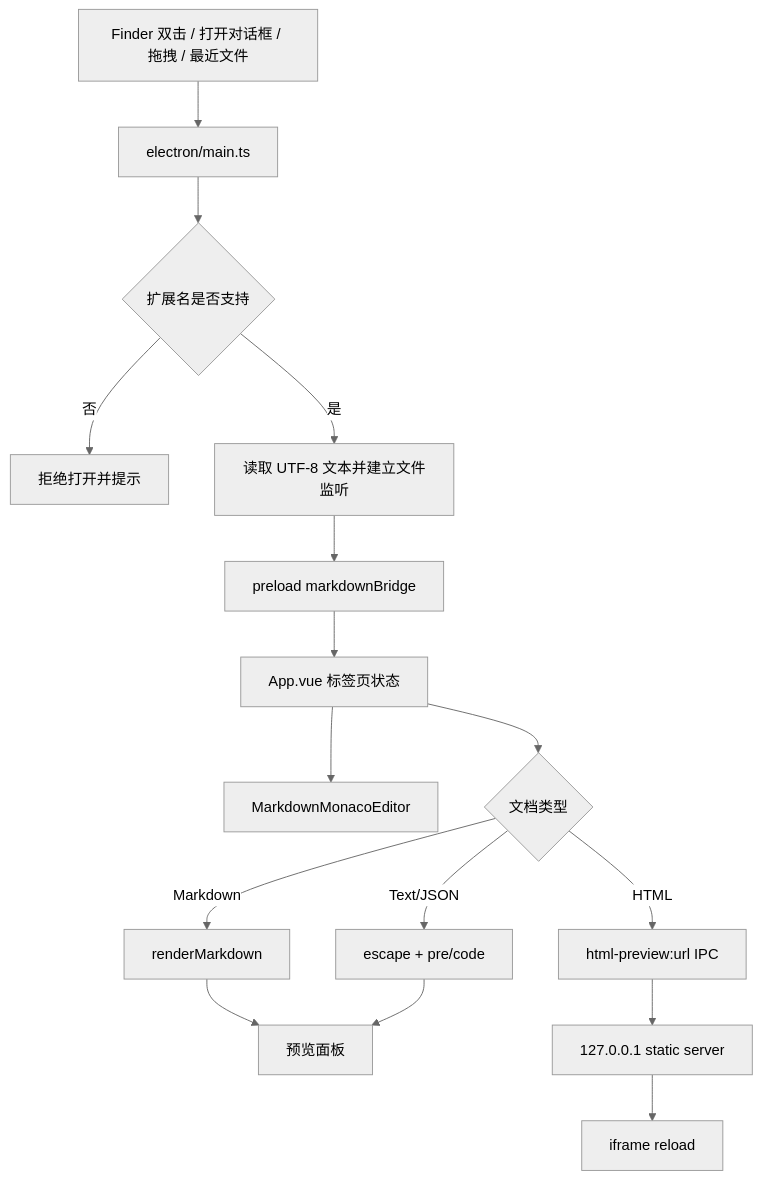
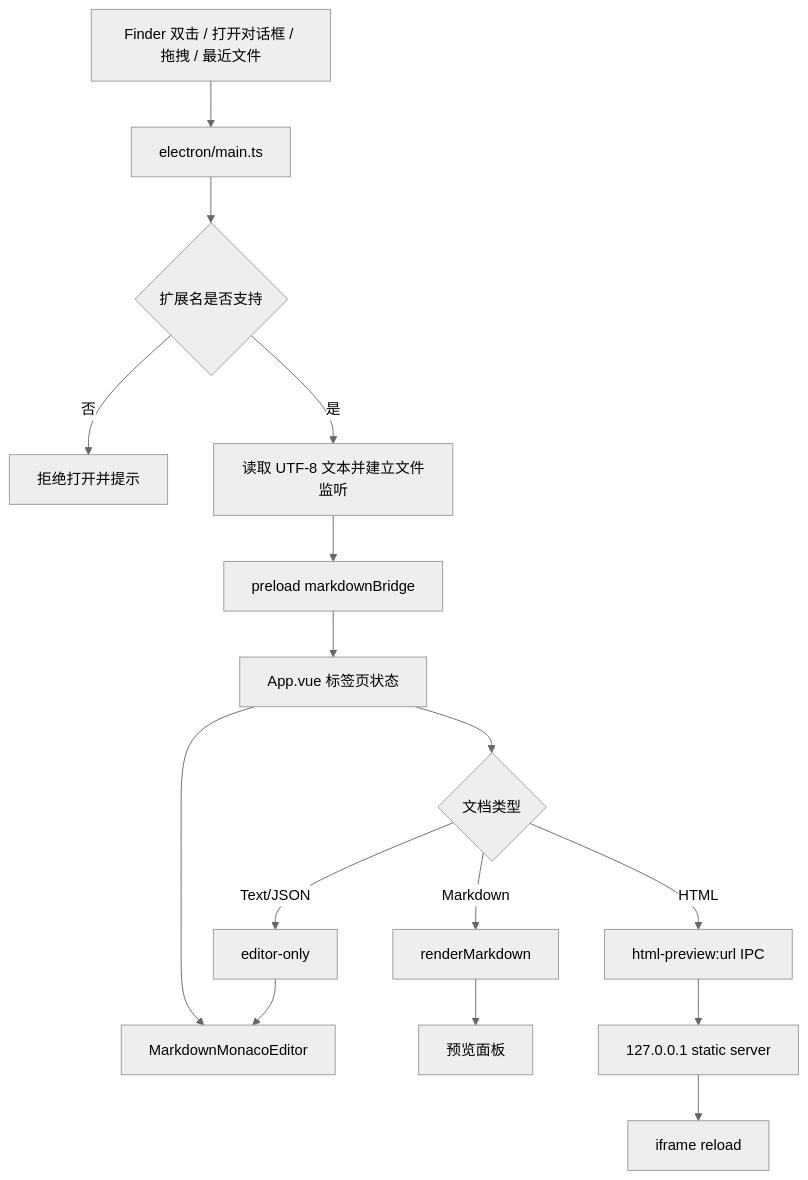
Before and after one commit to olojiang/markdown_editor: the first of 4 diagrams in local_docs/support_html_text_json.md, drawn with Mermaid (neutral theme). The commit also changed other lines of this file and 6 other files, not shown here.

First line of the commit message:
Clarify editor-only document modes and syntax highlighting

````diff
--- a/local_docs/support_html_text_json.md
+++ b/local_docs/support_html_text_json.md
@@ -32,18 +32,18 @@
 ```mermaid
 flowchart TD
   A[Finder 双击 / 打开对话框 / 拖拽 / 最近文件] --> B[electron/main.ts]
   B --> C{扩展名是否支持}
   C -- 否 --> D[拒绝打开并提示]
   C -- 是 --> E[读取 UTF-8 文本并建立文件监听]
   E --> F[preload markdownBridge]
   F --> G[App.vue 标签页状态]
   G --> H[MarkdownMonacoEditor]
   G --> I{文档类型}
   I -- Markdown --> J[renderMarkdown]
   I -- HTML --> K[html-preview:url IPC]
-  I -- Text/JSON --> L[escape + pre/code]
+  I -- Text/JSON --> L[editor-only]
   J --> M[预览面板]
   K --> N[127.0.0.1 static server]
   N --> O[iframe reload]
-  L --> M
+  L --> H
 ```
````
